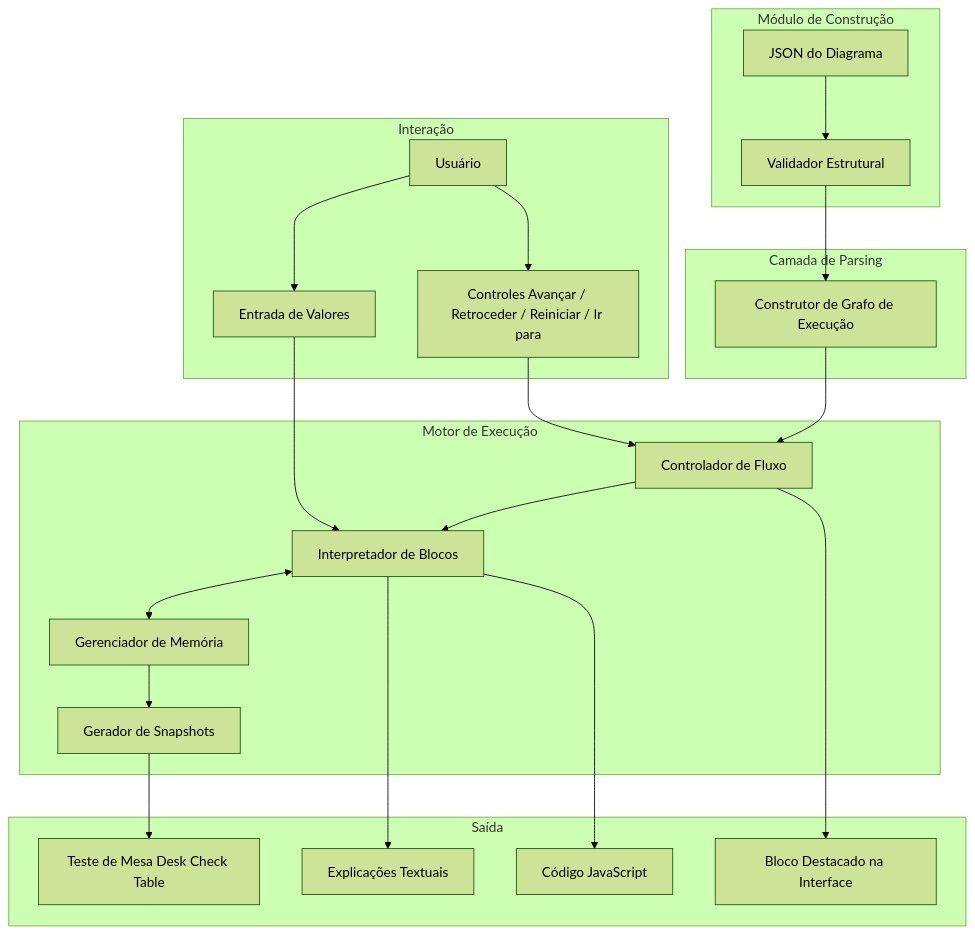
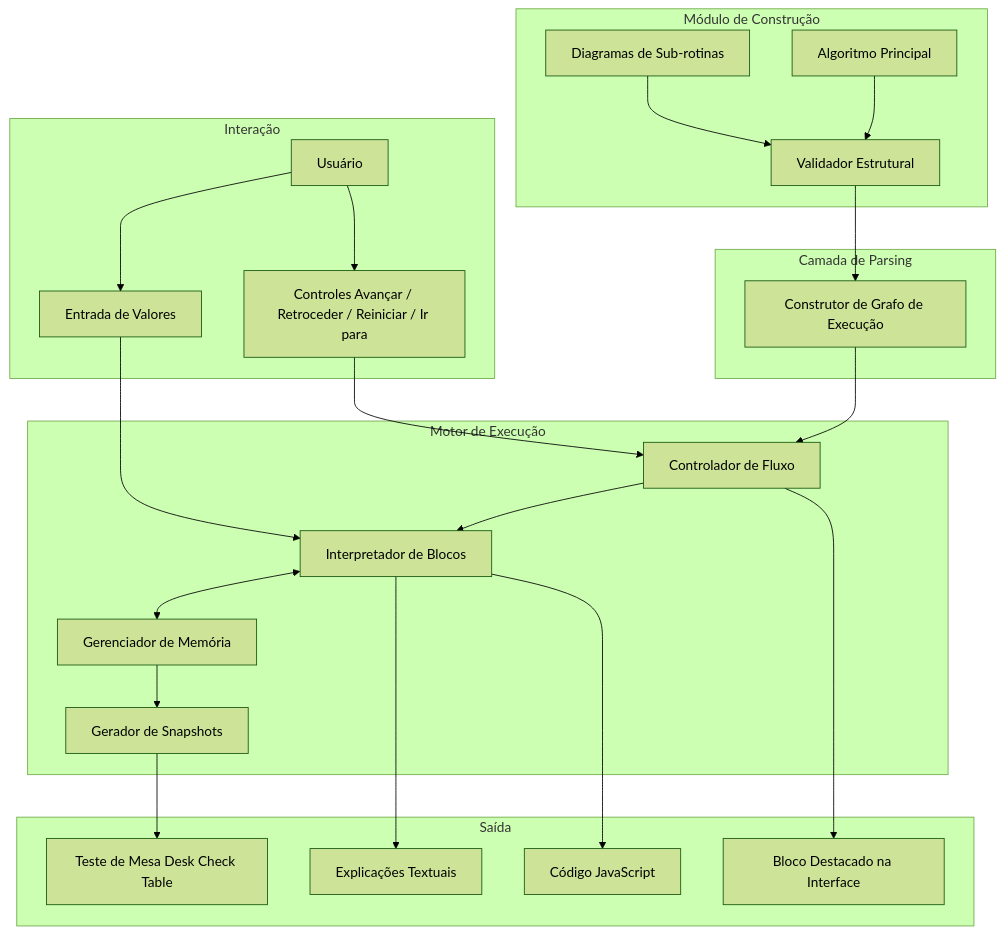
Before and after one commit to si-utfpr-gp/blade: the fifth of 7 diagrams in docs/ssd.md, drawn with Mermaid (forest theme). The commit also changed other lines of this file and 2 other files, not shown here.

Commit message:
docs: define visual subroutine architecture

````diff
--- a/docs/ssd.md
+++ b/docs/ssd.md
@@ -366,41 +366,43 @@
 ```mermaid
 graph TB
     subgraph Builder["Módulo de Construção"]
-        DIAGRAM[JSON do Diagrama]
+        DIAGRAM[Algoritmo Principal]
+        ROUTINES[Diagramas de Sub-rotinas]
         VAL[Validador Estrutural]
         DIAGRAM --> VAL
+        ROUTINES --> VAL
     end
     subgraph Parser["Camada de Parsing"]
         GRAPH[Construtor de Grafo de Execução]
     end
     subgraph Engine["Motor de Execução"]
         CTL[Controlador de Fluxo]
         INTERP[Interpretador de Blocos]
         MEM[Gerenciador de Memória]
         SNAP[Gerador de Snapshots]
     end
     subgraph Output["Saída"]
         DT[Teste de Mesa Desk Check Table]
         EXP[Explicações Textuais]
         CODE[Código JavaScript]
         HIGHLIGHT[Bloco Destacado na Interface]
     end
     subgraph User["Interação"]
         USER[Usuário]
         CONTROLS[Controles Avançar / Retroceder / Reiniciar / Ir para]
         INPUT_VAL[Entrada de Valores]
     end
     VAL --> GRAPH
     GRAPH --> CTL
     CTL --> INTERP
     INTERP <--> MEM
     MEM --> SNAP
     SNAP --> DT
     INTERP --> EXP
     INTERP --> CODE
     CTL --> HIGHLIGHT
     USER --> CONTROLS
     CONTROLS --> CTL
     USER --> INPUT_VAL
     INPUT_VAL --> INTERP
 ```
````
